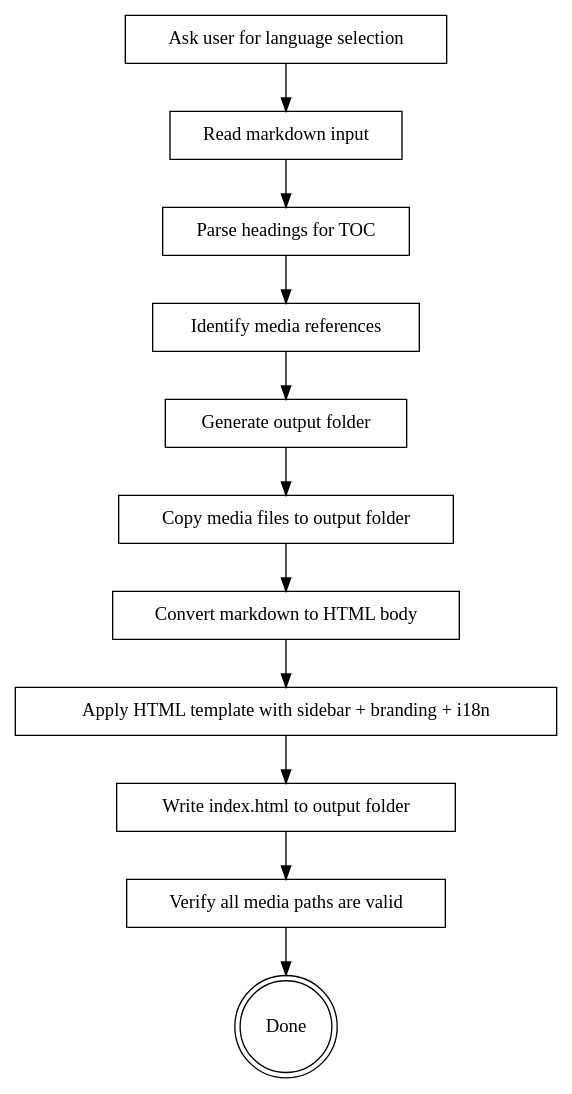
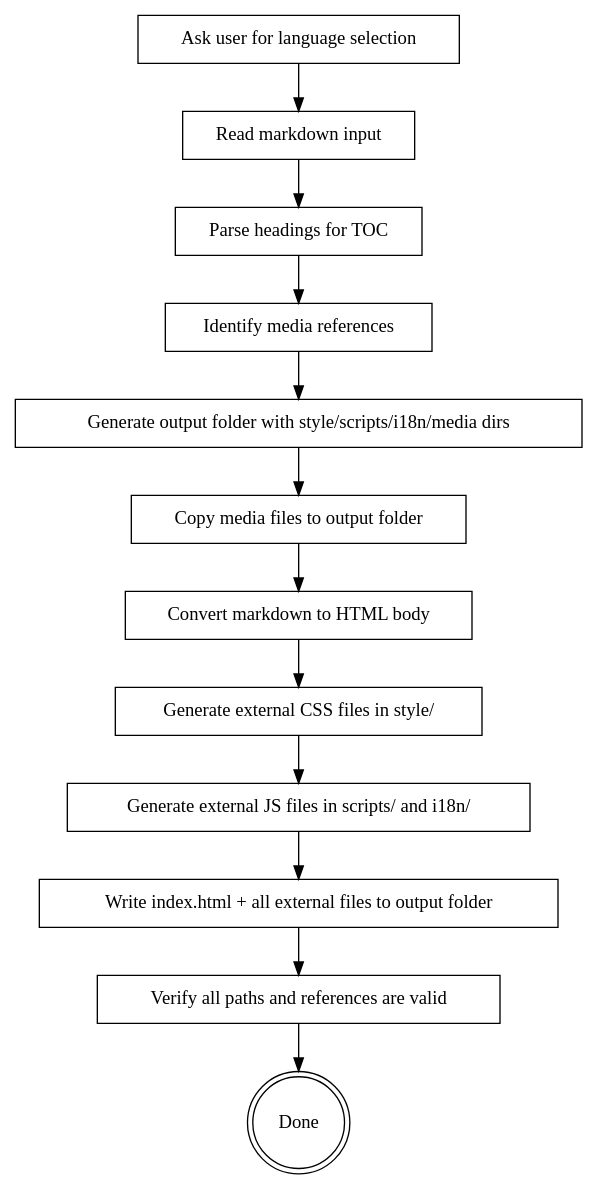
The diagram in skills/generating-html-manual/SKILL.md (zhang-songhan/yanzhi-user-manual-generator), drawn with Graphviz before and after one commit. The commit also changed other lines of this file and 2 other files, not shown here.

First line of the commit message:
v260610-133944 docs. update generating-html-manual skill for multi-file output and icon-only sidebar

````diff
--- a/skills/generating-html-manual/SKILL.md
+++ b/skills/generating-html-manual/SKILL.md
@@ -66,26 +73,28 @@
 ```dot
 digraph html_manual {
   "Ask user for language selection" [shape=box];
   "Read markdown input" [shape=box];
   "Parse headings for TOC" [shape=box];
   "Identify media references" [shape=box];
-  "Generate output folder" [shape=box];
+  "Generate output folder with style/scripts/i18n/media dirs" [shape=box];
   "Copy media files to output folder" [shape=box];
   "Convert markdown to HTML body" [shape=box];
-  "Apply HTML template with sidebar + branding + i18n" [shape=box];
-  "Write index.html to output folder" [shape=box];
-  "Verify all media paths are valid" [shape=box];
+  "Generate external CSS files in style/" [shape=box];
+  "Generate external JS files in scripts/ and i18n/" [shape=box];
+  "Write index.html + all external files to output folder" [shape=box];
+  "Verify all paths and references are valid" [shape=box];
   "Done" [shape=doublecircle];
 
   "Ask user for language selection" -> "Read markdown input";
   "Read markdown input" -> "Parse headings for TOC";
   "Parse headings for TOC" -> "Identify media references";
-  "Identify media references" -> "Generate output folder";
-  "Generate output folder" -> "Copy media files to output folder";
+  "Identify media references" -> "Generate output folder with style/scripts/i18n/media dirs";
+  "Generate output folder with style/scripts/i18n/media dirs" -> "Copy media files to output folder";
   "Copy media files to output folder" -> "Convert markdown to HTML body";
-  "Convert markdown to HTML body" -> "Apply HTML template with sidebar + branding + i18n";
-  "Apply HTML template with sidebar + branding + i18n" -> "Write index.html to output folder";
-  "Write index.html to output folder" -> "Verify all media paths are valid";
-  "Verify all media paths are valid" -> "Done";
+  "Convert markdown to HTML body" -> "Generate external CSS files in style/";
+  "Generate external CSS files in style/" -> "Generate external JS files in scripts/ and i18n/";
+  "Generate external JS files in scripts/ and i18n/" -> "Write index.html + all external files to output folder";
+  "Write index.html + all external files to output folder" -> "Verify all paths and references are valid";
+  "Verify all paths and references are valid" -> "Done";
 }
 ```
````
